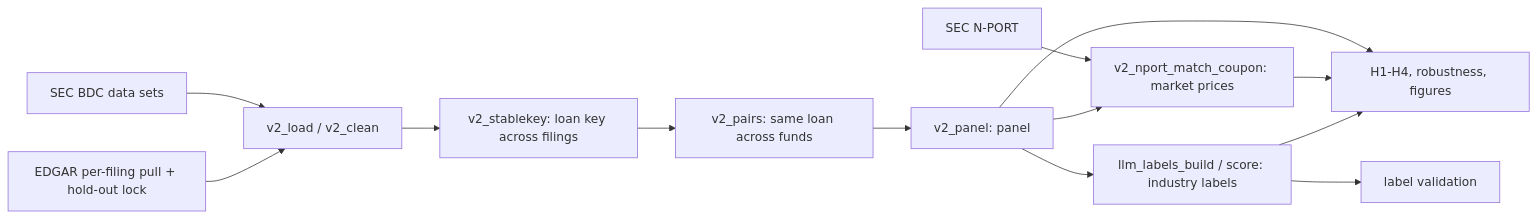
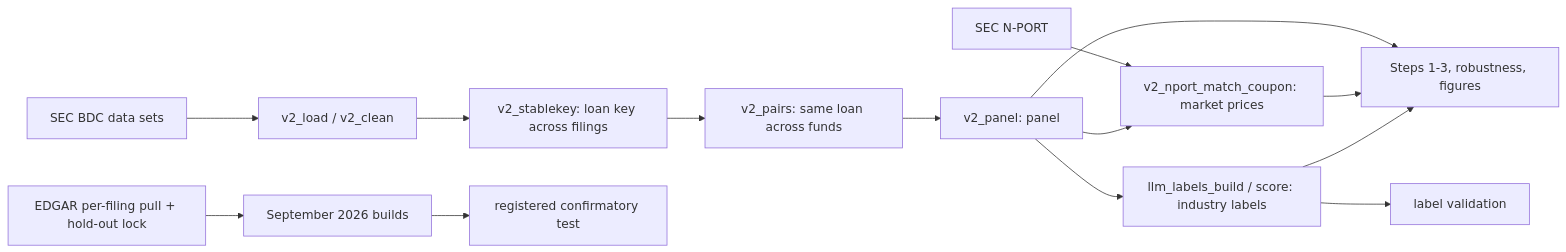
One commit to Martijnl123/Thesis-Progress changed the diagram in README.md. Above: the diagram before and after it, drawn with Mermaid. The commit also changed other lines of this file and 66 other files, not shown here.

````diff
--- a/README.md
+++ b/README.md
@@ -22,13 +25,14 @@
 ```mermaid
 flowchart LR
   A[SEC BDC data sets] --> B[v2_load / v2_clean]
   B --> C[v2_stablekey: loan key across filings]
   C --> D[v2_pairs: same loan across funds]
   D --> E[v2_panel: panel]
   N[SEC N-PORT] --> F[v2_nport_match_coupon: market prices]
   E --> F
   E --> L[llm_labels_build / score: industry labels]
   L --> V[label validation]
-  E & F & L --> R[H1-H4, robustness, figures]
-  X[EDGAR per-filing pull + hold-out lock] --> B
+  E & F & L --> R[Steps 1-3, robustness, figures]
+  X[EDGAR per-filing pull + hold-out lock] --> S[September 2026 builds]
+  S --> T[registered confirmatory test]
 ```
````
